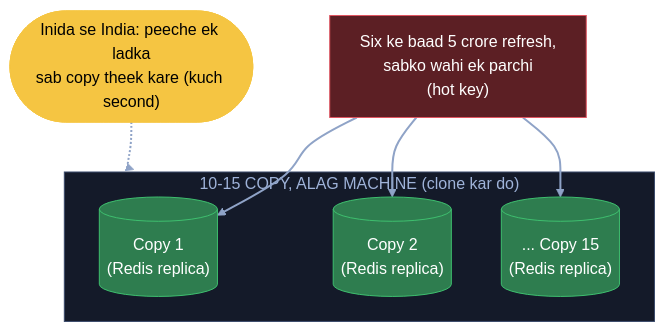
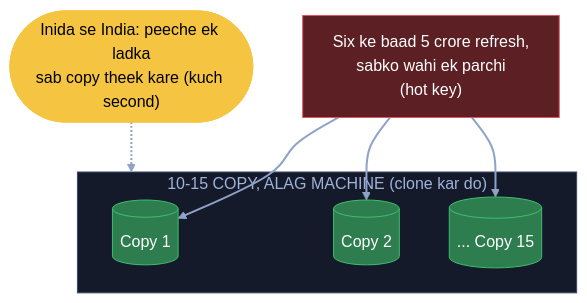
Before and after one commit to ArpanMaheshwari144/Prep: the fifth of 21 diagrams in 04_HLD/SYSTEM_DESIGNS/03_twitter_feed/03_twitter_feed.md, drawn with Mermaid. The commit also changed other lines of this file and 20 other files, not shown here.

Commit message:
Diagram: sirf hand notes wale naam rahe (66 apne joda naam hataye); README 22-Nov tak update

````diff
--- a/04_HLD/SYSTEM_DESIGNS/03_twitter_feed/03_twitter_feed.md
+++ b/04_HLD/SYSTEM_DESIGNS/03_twitter_feed/03_twitter_feed.md
@@ -228,20 +228,20 @@
 ```mermaid
 flowchart TB
     U["Six ke baad 5 crore refresh,<br/>sabko wahi ek parchi<br/>(hot key)"]:::bad
     subgraph CL["10-15 COPY, ALAG MACHINE (clone kar do)"]
-        C1[("Copy 1<br/>(Redis replica)")]:::good
-        C2[("Copy 2<br/>(Redis replica)")]:::good
-        CN[("... Copy 15<br/>(Redis replica)")]:::good
+        C1[("Copy 1")]:::good
+        C2[("Copy 2")]:::good
+        CN[("... Copy 15")]:::good
     end
     L(["Inida se India: peeche ek ladka<br/>sab copy theek kare (kuch second)"]):::pill
     U --> C1
     U --> C2
     U --> CN
     L -.-> CL
     linkStyle default stroke:#8fa3c7,stroke-width:2px
     classDef card fill:#1e2638,stroke:#3a4a6b,color:#e8ecf5
     classDef pill fill:#f5c542,stroke:#f5c542,color:#000
     classDef good fill:#2e7d4f,stroke:#3fbf6f,color:#fff
     classDef bad fill:#5c1f24,stroke:#e05561,color:#fff
     style CL fill:#141a29,stroke:#3a4a6b,color:#9fb3d9
 ```
````
